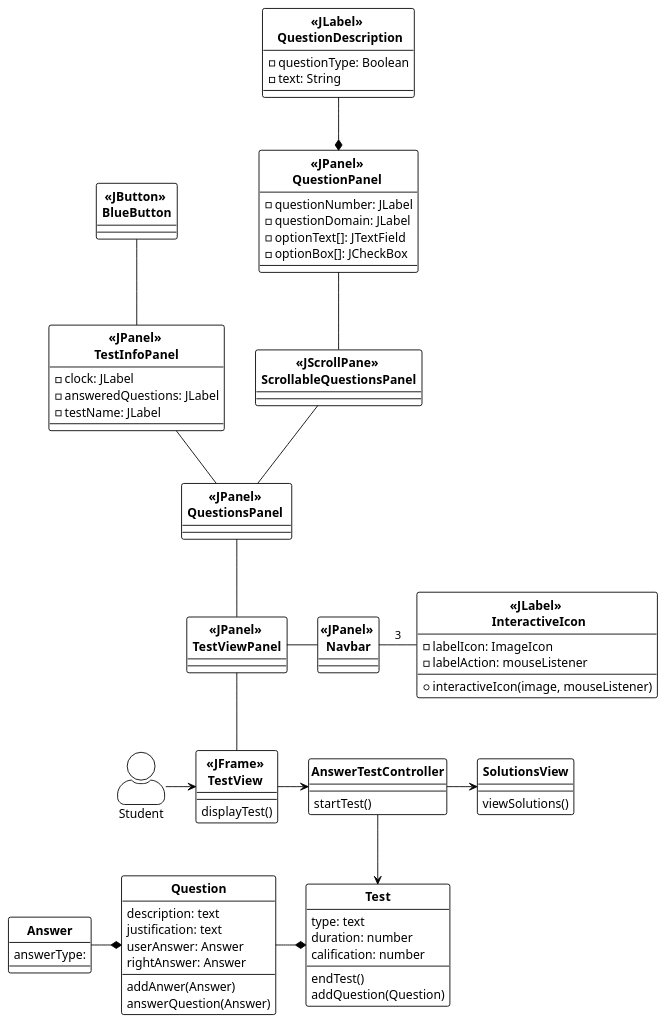
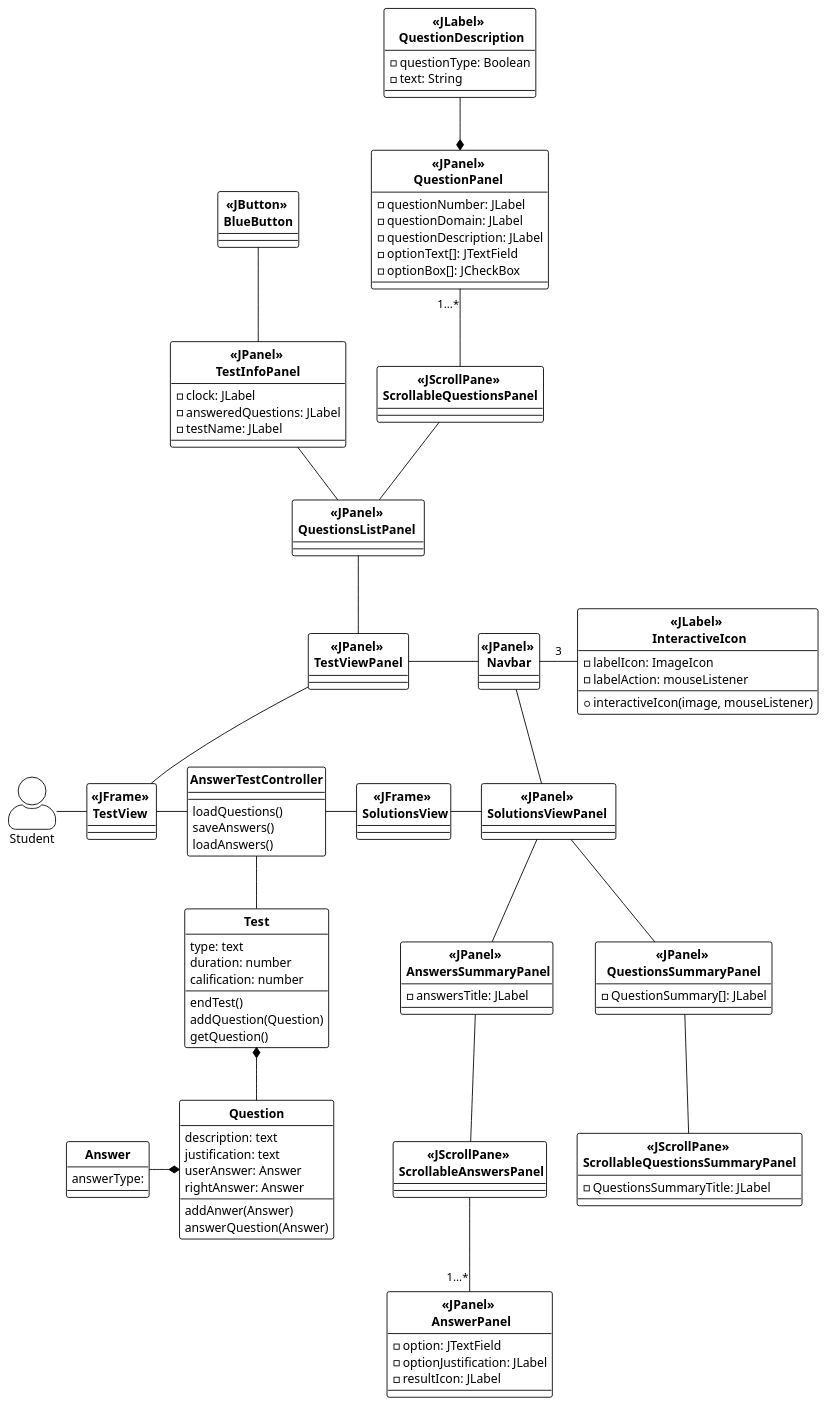
The diagram in docs/logicalView/designView/usecaseDesign/designClasses.plantuml (MiguelCiav/Uhuru), drawn with PlantUML before and after one commit.

Commit message:
Actualizacion de la clase de diseño

```diff
--- a/docs/logicalView/designView/usecaseDesign/designClasses.plantuml
+++ b/docs/logicalView/designView/usecaseDesign/designClasses.plantuml
@@ -1,139 +1,179 @@
 @startUML designClassesUseCase2
 
 <style>
 classDiagram {
   class {
       header {
         FontStyle bold
       }
   }
 }
 </style>
 
 !theme plain
 hide circle
 
 skinparam actorStyle awesome
 allowmixing
 
 actor Student
 
 '' NAVBAR
 
 Class "<<JPanel>> \n Navbar " as Navbar {
 }
 
 Class "<<JLabel>> \n InteractiveIcon" as InteractiveIcon {
     - labelIcon: ImageIcon
     - labelAction: mouseListener
     + interactiveIcon(image, mouseListener)
 }
 
 InteractiveIcon -l- Navbar: 3
 
-'' TESTVIEW
+'' TESTVIEWPANEL
 
 Class "<<JPanel>> \n TestViewPanel " as TestViewPanel {
 
 }
 
-Class "<<JPanel>> \n QuestionsPanel  " as QuestionsPanel {
+Class "<<JPanel>> \n QuestionsListPanel  " as QuestionsListPanel {
 
 }
 
 Class "<<JPanel>> \n TestInfoPanel " as TestInfoPanel {
     - clock: JLabel 
     - answeredQuestions: JLabel
     - testName: JLabel
 }
 
 Class "<<JScrollPane>> \n ScrollableQuestionsPanel " as ScrollableQuestionsPanel {
 
 }
 
 Class "<<JButton>> \n BlueButton " as BlueButton {
 
 }
 
 Class "<<JPanel>> \n QuestionPanel  " as QuestionPanel {
     - questionNumber: JLabel
     - questionDomain: JLabel
+    - questionDescription: JLabel
     - optionText[]: JTextField
     - optionBox[]: JCheckBox
 }
 
 Class "<<JLabel>> \n QuestionDescription" as QuestionDescription {
     - questionType: Boolean
     - text: String
 }
 
-QuestionPanel -- ScrollableQuestionsPanel
+Class "<<JFrame>> \n TestView  " as TestView{
 
-TestInfoPanel -- QuestionsPanel
+}
 
+QuestionPanel "1...*" -- ScrollableQuestionsPanel
+TestInfoPanel -- QuestionsListPanel
 BlueButton -- TestInfoPanel
-
-ScrollableQuestionsPanel -- QuestionsPanel
-
+ScrollableQuestionsPanel -- QuestionsListPanel
 Navbar -l- TestViewPanel
-QuestionsPanel -- TestViewPanel
+QuestionsListPanel -- TestViewPanel
 TestViewPanel -- TestView
 QuestionDescription -d-* QuestionPanel
 
-Class "<<JFrame>> \n TestView  " as TestView{
+'' SOLUTIONSVIEW
 
-    displayTest()
+Class "<<JFrame>> \n SolutionsView" as SolutionsView {
+
+    
+}
+
+Class "<<JPanel>> \n SolutionsViewPanel  " as SolutionsViewPanel {
 
 }
 
-Class AnswerTestController{
-
-    startTest()
+CLass "<<JPanel>> \n QuestionsSummaryPanel " as QuestionsSummaryPanel {
+    - QuestionSummary[]: JLabel
 }
 
-Class SolutionsView{
+Class "<<JScrollPane>> \n ScrollableQuestionsSummaryPanel " as ScrollableQuestionsSummaryPanel {
+    - QuestionsSummaryTitle: JLabel
+}
 
-    viewSolutions()
+Class "<<JPanel>> \n AnswersSummaryPanel" as AnswersSummaryPanel {
+    - answersTitle: JLabel
+}
+
+Class "<<JScrollPane>> \n ScrollableAnswersPanel" as ScrollableAnswersPanel {
+
+}
+
+Class "<<JPanel>> \n AnswerPanel" as AnswerPanel {
+    - option: JTextField
+    - optionJustification: JLabel
+    - resultIcon: JLabel
+}
+
+SolutionsView -r- SolutionsViewPanel
+SolutionsViewPanel -- AnswersSummaryPanel
+SolutionsViewPanel -- QuestionsSummaryPanel
+SolutionsViewPanel -u- Navbar
+QuestionsSummaryPanel -- ScrollableQuestionsSummaryPanel
+AnswersSummaryPanel -- ScrollableAnswersPanel
+ScrollableAnswersPanel -- "1...*" AnswerPanel
+
+'' ANSWERTESTCONTROLLER
+
+Class AnswerTestController{
+    loadQuestions()
+    saveAnswers()
+    loadAnswers()
 }
 
 Class Test{
 
     type: text 
     duration: number
     calification: number
 
     endTest()
     addQuestion(Question)
+    getQuestion()
 }
 
 Class Question{
 
     description: text
     justification: text
     userAnswer: Answer
     rightAnswer: Answer
 
     addAnwer(Answer)
     answerQuestion(Answer)
 }
 
 Class Answer{
 
     answerType:
 }
 
+'' CASO DE USO GETCERTIFICATE
 
-Student -r-> TestView
 
-TestView -r-> AnswerTestController
 
-AnswerTestController -r-> SolutionsView
+Student -r- TestView
 
-AnswerTestController -d-> Test
+TestView -r- AnswerTestController
 
-Question -r-* Test
+AnswerTestController -r- SolutionsView
+
+AnswerTestController -d- Test
+
+Question -u-* Test
 
 Answer -r-* Question
 
 
+
+
 @endUML
```
